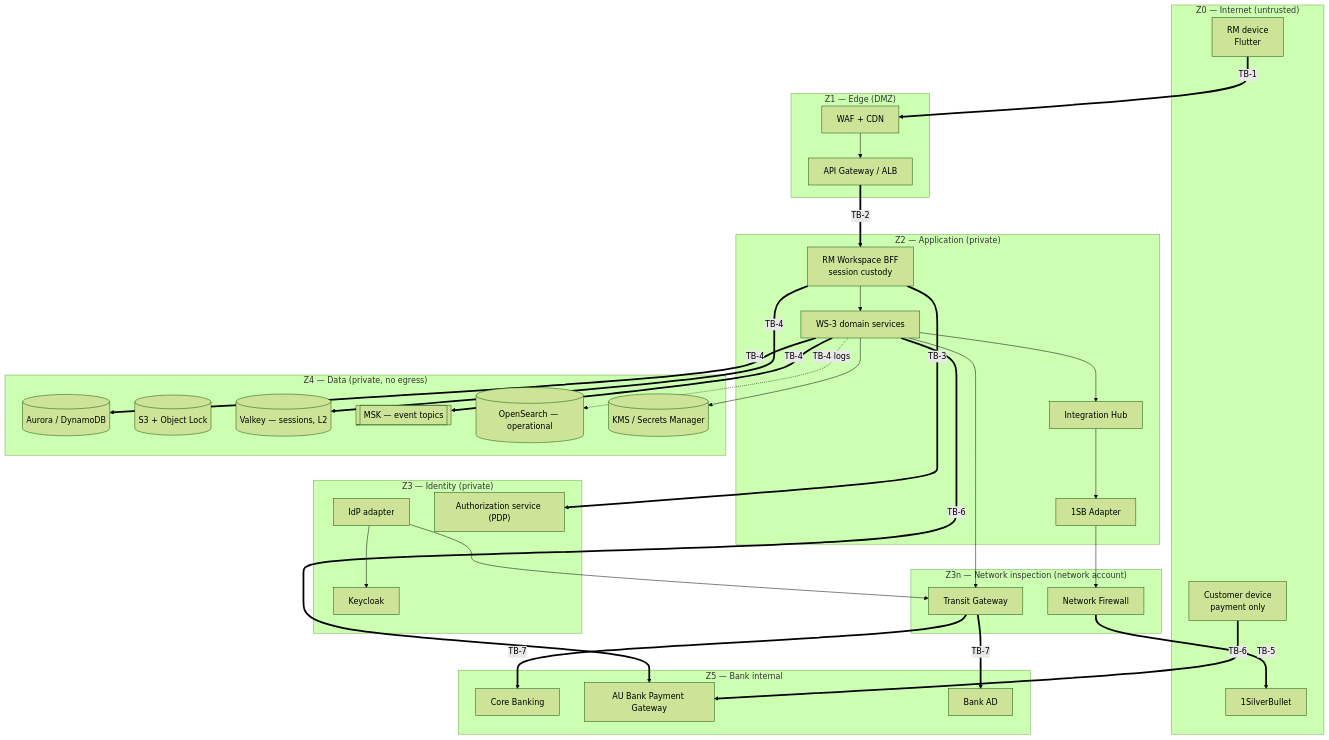
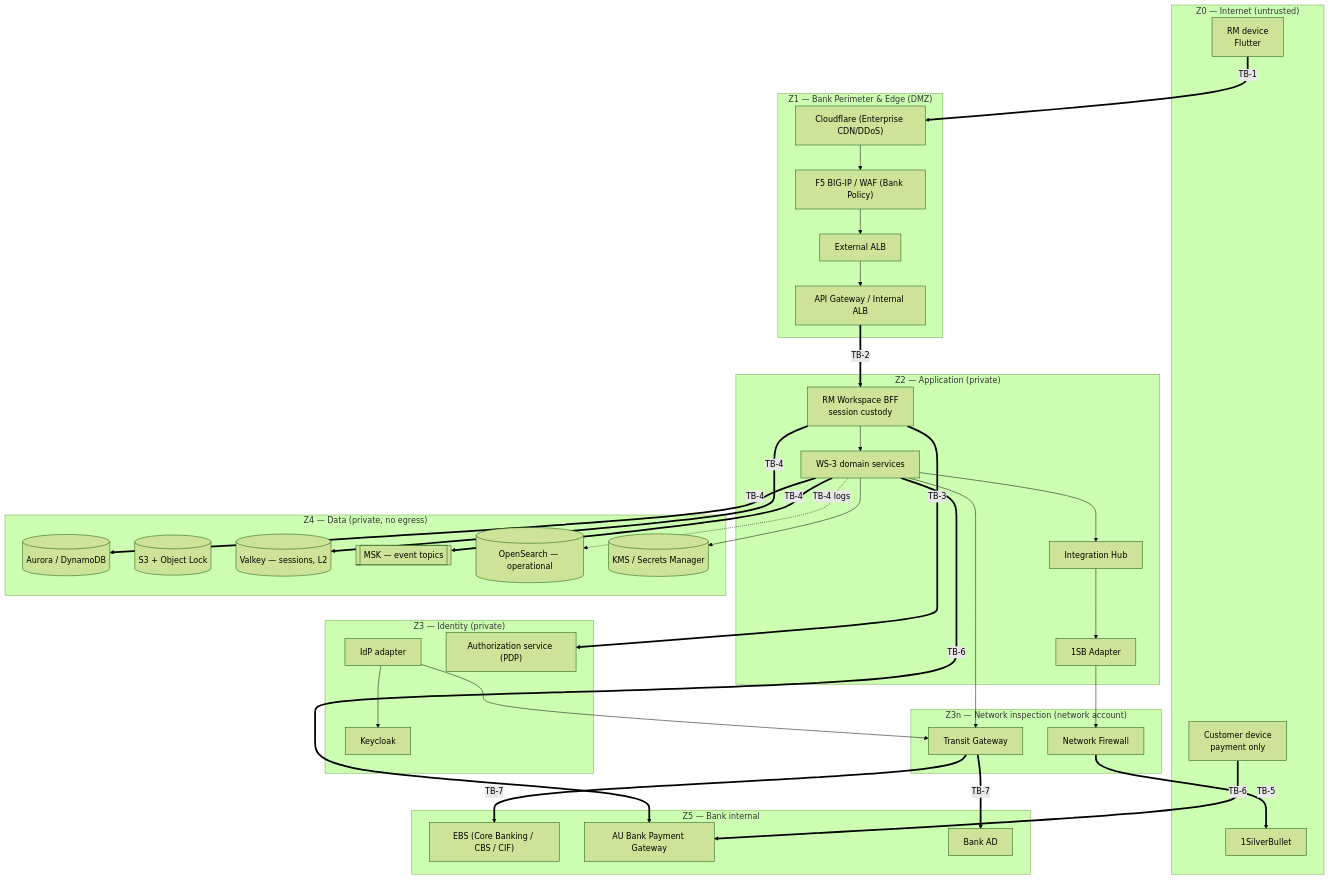
One commit to Mahesh38/bank-insurance-platform changed the diagram in docs/platform/ws3-platform/04-security-architecture.md. Above: the diagram before and after it, drawn with Mermaid (forest theme). The commit also changed 18 other files, not shown here.

Commit message:
docs: adapt bank enterprise standards across all architecture diagrams and documents

````diff
--- a/docs/platform/ws3-platform/04-security-architecture.md
+++ b/docs/platform/ws3-platform/04-security-architecture.md
@@ -60,62 +60,64 @@
 ```mermaid
 graph TB
     subgraph Z0["Z0 — Internet (untrusted)"]
         RM["RM device<br/>Flutter"]
         CUSTD["Customer device<br/>payment only"]
         SB["1SilverBullet"]
     end
 
-    subgraph Z1["Z1 — Edge (DMZ)"]
-        WAF["WAF + CDN"]
-        GW["API Gateway / ALB"]
+    subgraph Z1["Z1 — Bank Perimeter & Edge (DMZ)"]
+        CF["Cloudflare (Enterprise CDN/DDoS)"]
+        F5["F5 BIG-IP / WAF (Bank Policy)"]
+        EXT_ALB["External ALB"]
+        GW["API Gateway / Internal ALB"]
     end
 
     subgraph Z2["Z2 — Application (private)"]
         BFF["RM Workspace BFF<br/>session custody"]
         SVCS["WS-3 domain services"]
         HUB["Integration Hub"]
         ADPT["1SB Adapter"]
     end
 
     subgraph Z3["Z3 — Identity (private)"]
         IDPA["IdP adapter"]
         PDP["Authorization service (PDP)"]
         KC["Keycloak"]
     end
 
     subgraph Z4["Z4 — Data (private, no egress)"]
         DB[("Aurora / DynamoDB")]
         OBJ[("S3 + Object Lock")]
         CACHE[("Valkey — sessions, L2")]
         BUS[["MSK — event topics"]]
         SRCH[("OpenSearch — operational")]
         KMS[("KMS / Secrets Manager")]
     end
 
     subgraph Z3N["Z3n — Network inspection (network account)"]
         TGW["Transit Gateway"]
         NFW["Network Firewall"]
     end
 
     subgraph Z5["Z5 — Bank internal"]
-        CBS["Core Banking"]
+        EBS["EBS (Core Banking / CBS / CIF)"]
         PGW["AU Bank Payment Gateway"]
         AD["Bank AD"]
     end
 
-    RM ==>|"TB-1"| WAF
+    RM ==>|"TB-1"| CF --> F5 --> EXT_ALB --> GW
     CUSTD ==>|"TB-6"| PGW
-    WAF --> GW ==>|"TB-2"| BFF
+    GW ==>|"TB-2"| BFF
     BFF ==>|"TB-3"| PDP
     BFF --> SVCS
     BFF ==>|"TB-4"| CACHE
     SVCS ==>|"TB-4"| DB
     SVCS ==>|"TB-4"| BUS
     SVCS -.->|"TB-4 logs"| SRCH
     SVCS --> HUB --> ADPT --> NFW ==>|"TB-5"| SB
     SVCS ==>|"TB-6"| PGW
-    SVCS --> TGW ==>|"TB-7"| CBS
+    SVCS --> TGW ==>|"TB-7"| EBS
     IDPA --> TGW ==>|"TB-7"| AD
     IDPA --> KC
     SVCS --> KMS
 ```
````
